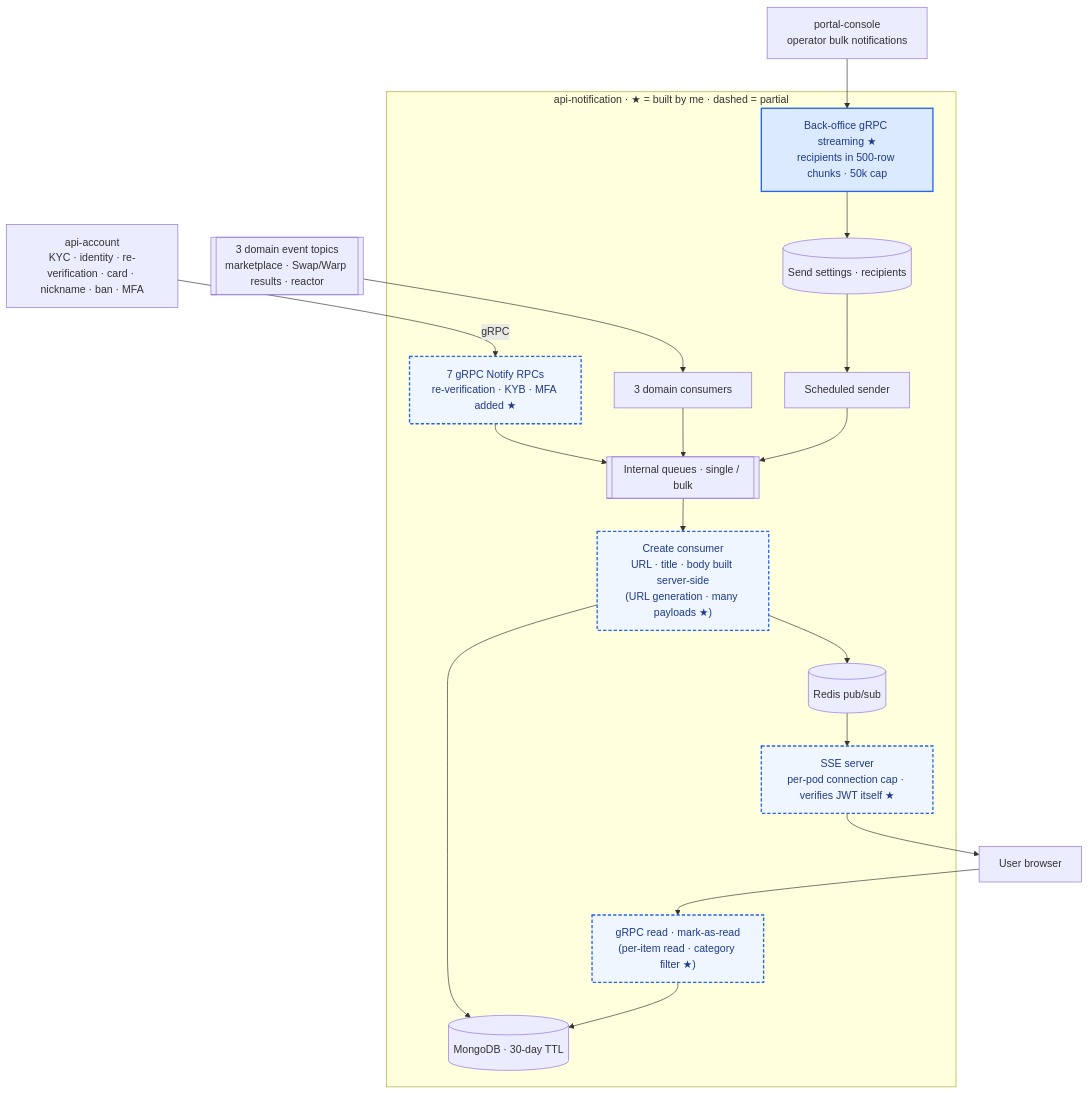
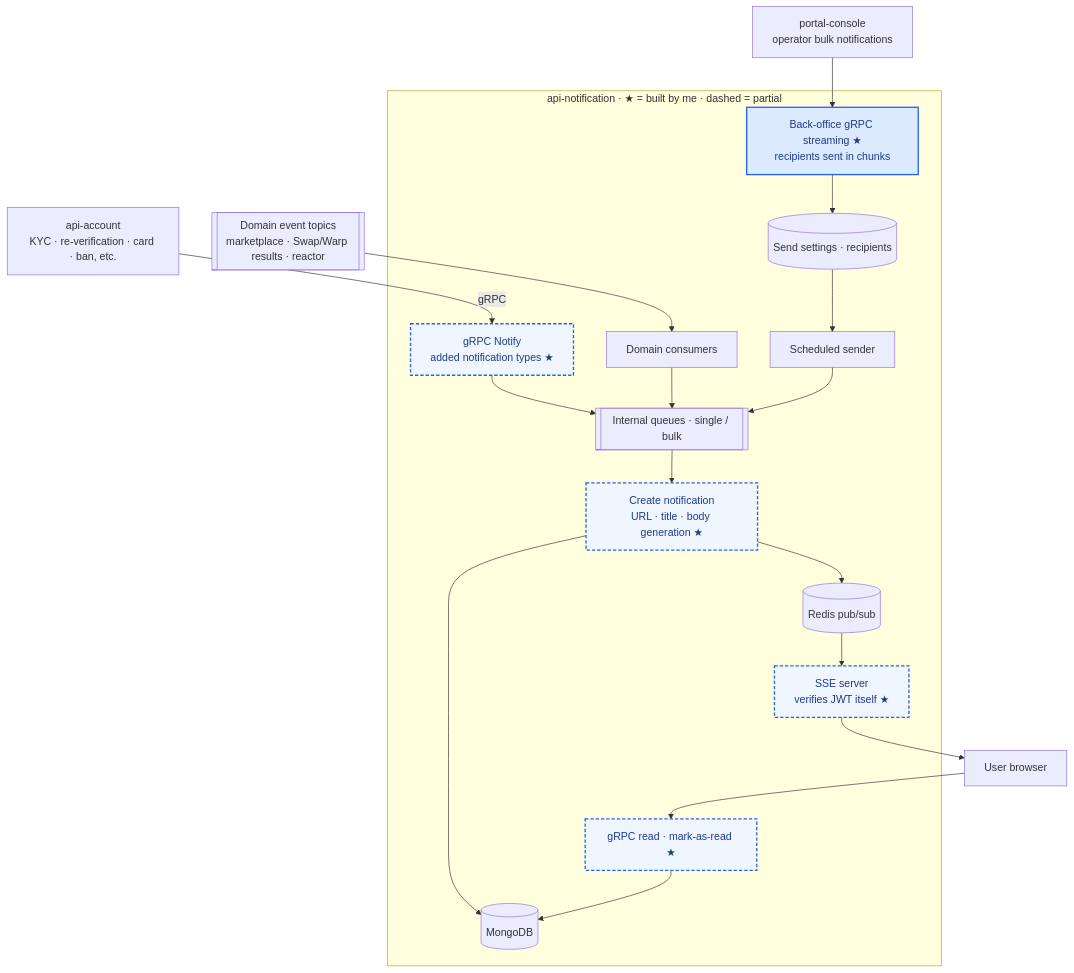
Before and after one commit to shalwxy/career: the diagram in content/diagrams/notification.en.mmd, drawn with Mermaid. The commit also changed 27 other files, not shown here.

```diff
--- a/content/diagrams/notification.en.mmd
+++ b/content/diagrams/notification.en.mmd
@@ -1,29 +1,29 @@
 %% title: Unified notifications — SSE and bulk-recipient streaming
 flowchart TB
-    AC[api-account<br/>KYC · identity · re-verification · card · nickname · ban · MFA]
-    K[[3 domain event topics<br/>marketplace · Swap/Warp results · reactor]]
+    AC[api-account<br/>KYC · re-verification · card · ban, etc.]
+    K[[Domain event topics<br/>marketplace · Swap/Warp results · reactor]]
     CON[portal-console<br/>operator bulk notifications]
     subgraph NT["api-notification · ★ = built by me · dashed = partial"]
-        G1["7 gRPC Notify RPCs<br/>re-verification · KYB · MFA added ★"]
-        C[3 domain consumers]
+        G1["gRPC Notify<br/>added notification types ★"]
+        C[Domain consumers]
         Q[[Internal queues · single / bulk]]
-        CR["Create consumer<br/>URL · title · body built server-side<br/>(URL generation · many payloads ★)"]
-        DB[(MongoDB · 30-day TTL)]
+        CR["Create notification<br/>URL · title · body generation ★"]
+        DB[(MongoDB)]
         PS[(Redis pub/sub)]
-        SSE["SSE server<br/>per-pod connection cap · verifies JWT itself ★"]
-        G["gRPC read · mark-as-read<br/>(per-item read · category filter ★)"]
-        ST["Back-office gRPC streaming ★<br/>recipients in 500-row chunks · 50k cap"]
+        SSE["SSE server<br/>verifies JWT itself ★"]
+        G["gRPC read · mark-as-read ★"]
+        ST["Back-office gRPC streaming ★<br/>recipients sent in chunks"]
         SCH[Scheduled sender]
         RDB[(Send settings · recipients)]
     end
     U[User browser]
     AC -- gRPC --> G1 --> Q
     K --> C --> Q
     Q --> CR --> DB
     CR --> PS --> SSE --> U
     U --> G --> DB
     CON --> ST --> RDB --> SCH --> Q
     classDef mine fill:#dbeafe,stroke:#2563eb,stroke-width:2px,color:#1e3a8a
     classDef part fill:#eff6ff,stroke:#2563eb,stroke-width:2px,stroke-dasharray:5 3,color:#1e3a8a
     class ST mine
     class G1,CR,SSE,G part
```
